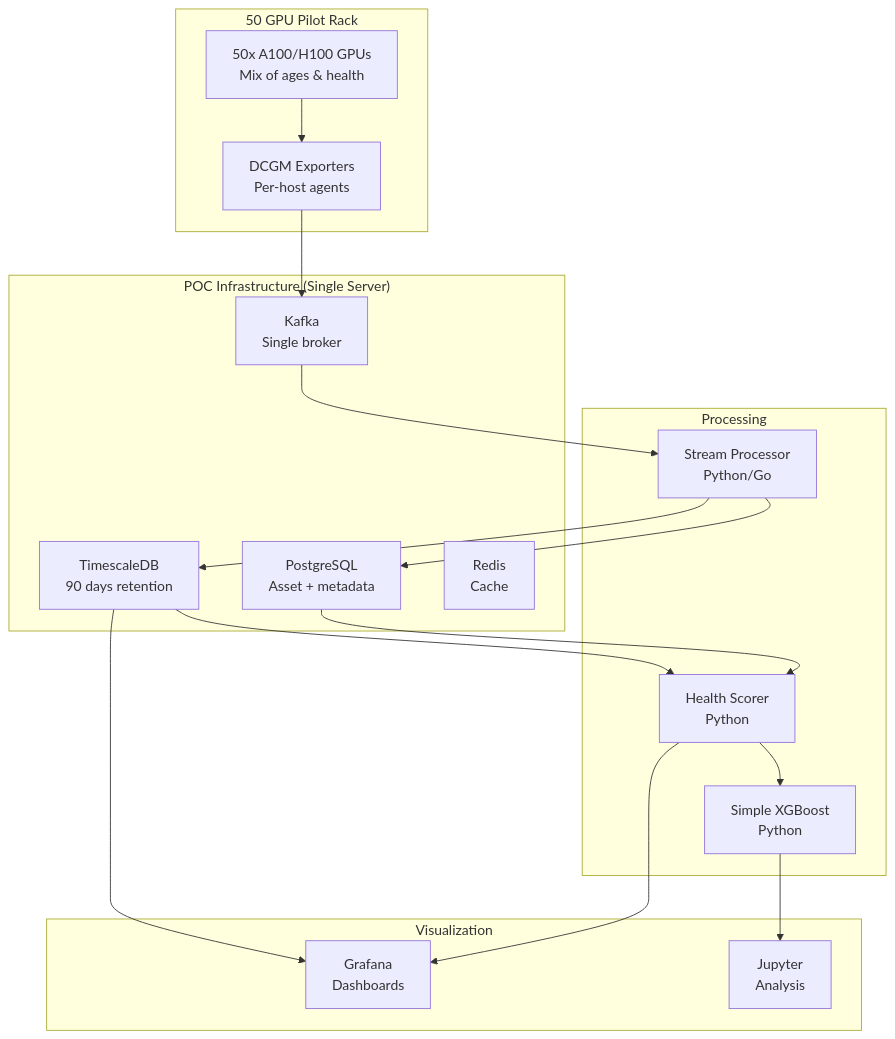
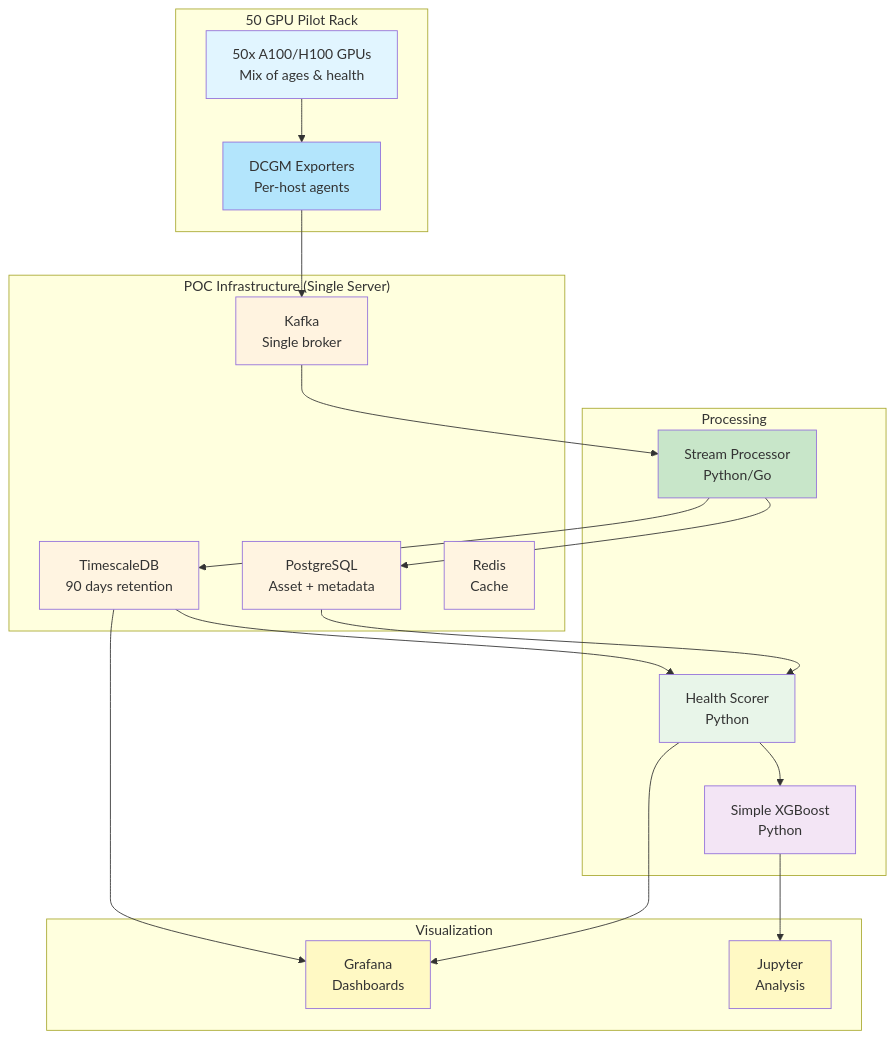
Diagram 11 of 12 in gpu-health-system-architecture.md (SolidRegardless/gpu-health-monitor), drawn with Mermaid before and after one commit. The commit also changed other lines of this file, not shown here.

Commit message:
Add color-coded Mermaid diagrams to system architecture document

````diff
--- a/gpu-health-system-architecture.md
+++ b/gpu-health-system-architecture.md
@@ -1580,37 +1713,49 @@
 ```mermaid
 graph TB
     subgraph "50 GPU Pilot Rack"
         GPUs[50x A100/H100 GPUs<br/>Mix of ages & health]
         DCGM[DCGM Exporters<br/>Per-host agents]
     end
     
     subgraph "POC Infrastructure (Single Server)"
         Kafka[Kafka<br/>Single broker]
         TSDB[TimescaleDB<br/>90 days retention]
         PG[PostgreSQL<br/>Asset + metadata]
         Redis[Redis<br/>Cache]
     end
     
     subgraph "Processing"
         Stream[Stream Processor<br/>Python/Go]
         Health[Health Scorer<br/>Python]
         ML[Simple XGBoost<br/>Python]
     end
     
     subgraph "Visualization"
         Grafana[Grafana<br/>Dashboards]
         Jupyter[Jupyter<br/>Analysis]
     end
     
     GPUs --> DCGM
     DCGM --> Kafka
     Kafka --> Stream
     Stream --> TSDB
     Stream --> PG
     TSDB --> Health
     PG --> Health
     Health --> ML
     TSDB --> Grafana
     Health --> Grafana
     ML --> Jupyter
+    
+    style GPUs fill:#e1f5ff
+    style DCGM fill:#b3e5fc
+    style Kafka fill:#fff3e0
+    style TSDB fill:#fff4e1
+    style PG fill:#fff4e1
+    style Redis fill:#fff4e1
+    style Stream fill:#c8e6c9
+    style Health fill:#e8f5e9
+    style ML fill:#f3e5f5
+    style Grafana fill:#fff9c4
+    style Jupyter fill:#fff9c4
 ```
````
